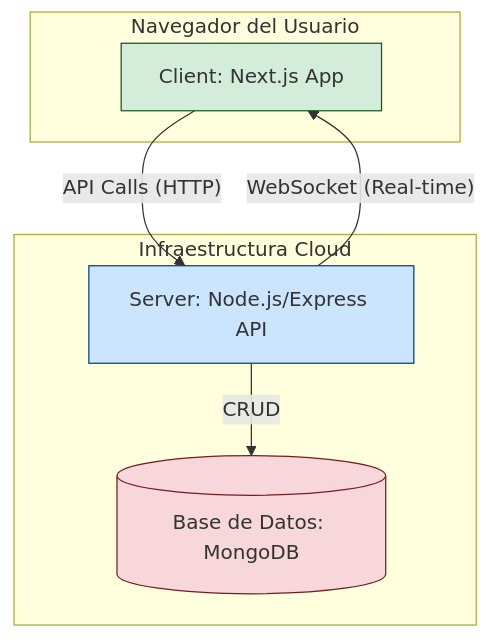
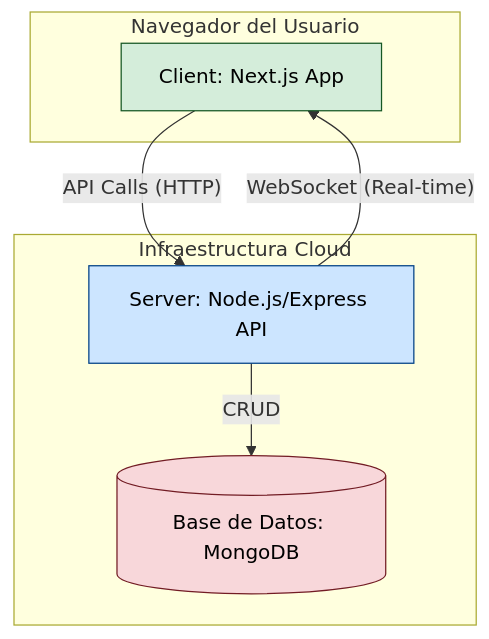
The second of 5 diagrams in README.md (Armadovich/BetterForms), drawn with Mermaid before and after one commit.

````diff
--- a/README.md
+++ b/README.md
@@ -95,19 +95,19 @@
 ```mermaid
 graph TD
     subgraph "Navegador del Usuario"
         Frontend[Client: Next.js App]
     end
 
     subgraph "Infraestructura Cloud"
         Backend[Server: Node.js/Express API]
         DB[(Base de Datos: MongoDB)]
     end
 
     Frontend -- API Calls (HTTP) --> Backend
     Backend -- WebSocket (Real-time) --> Frontend
     Backend -- CRUD --> DB
 
-    style Frontend fill:#d4edda,stroke:#155724
-    style Backend fill:#cce5ff,stroke:#004085
-    style DB fill:#f8d7da,stroke:#721c24
+    style Frontend fill:#d4edda,stroke:#155724,color:#000000
+    style Backend fill:#cce5ff,stroke:#004085,color:#000000
+    style DB fill:#f8d7da,stroke:#721c24,color:#000000
 ```
````
